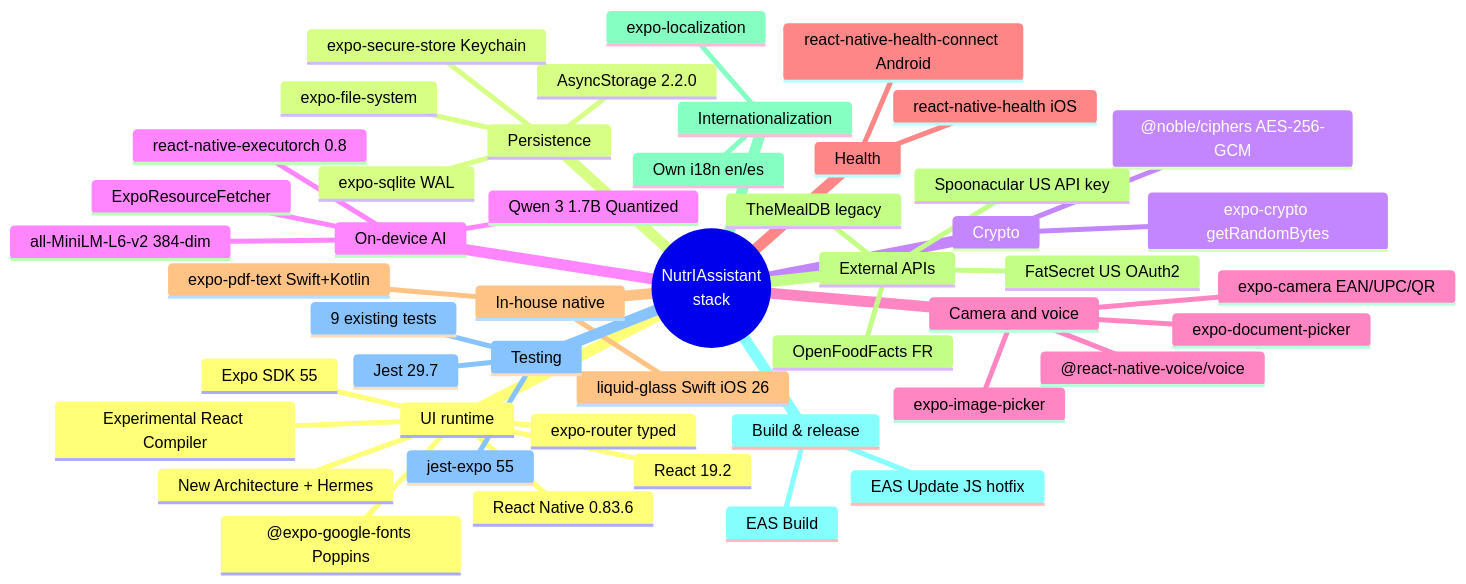
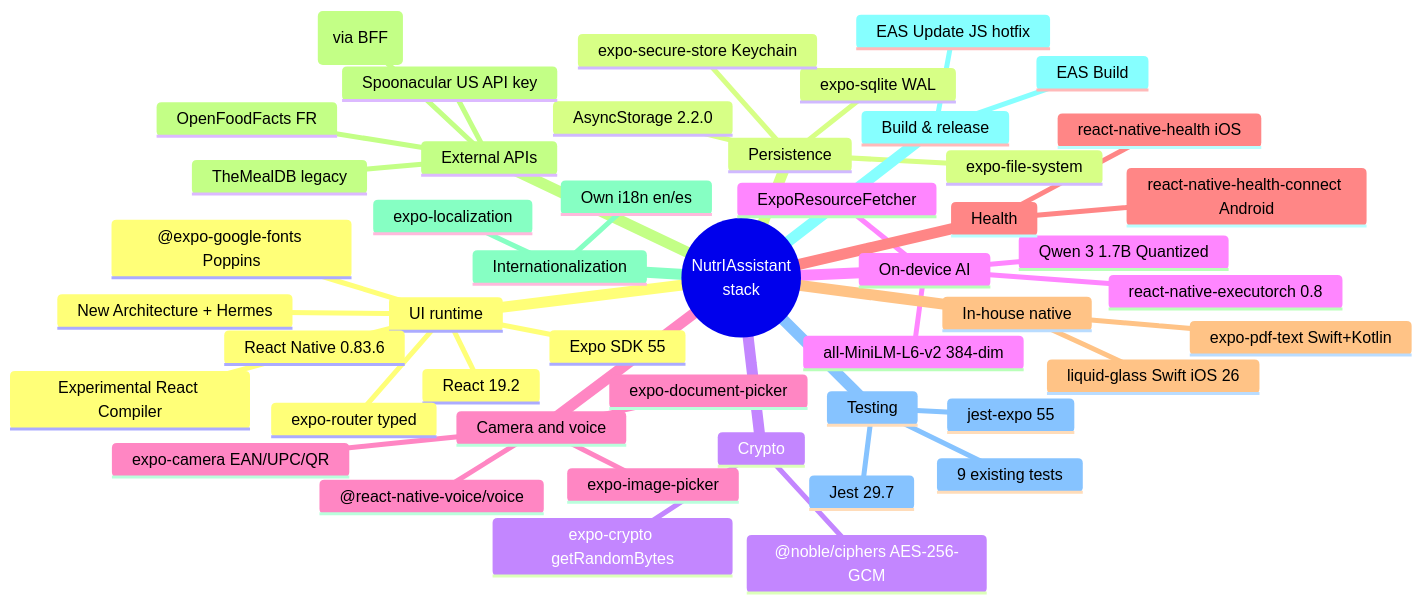
One commit to antonionc/nutrIAssistant changed diagram 14 of 24 in docs/data-architecture/11-diagrams.md. Above: the diagram before and after it, drawn with Mermaid. The commit also changed other lines of this file and 18 other files, not shown here.

````diff
--- a/docs/data-architecture/11-diagrams.md
+++ b/docs/data-architecture/11-diagrams.md
@@ -791,51 +791,51 @@
 ```mermaid
 mindmap
   root((NutrIAssistant<br/>stack))
     UI runtime
       React 19.2
       React Native 0.83.6
       Expo SDK 55
       expo-router typed
       New Architecture + Hermes
       Experimental React Compiler
       @expo-google-fonts Poppins
     Persistence
       expo-sqlite WAL
       AsyncStorage 2.2.0
       expo-secure-store Keychain
       expo-file-system
     Crypto
       @noble/ciphers AES-256-GCM
       expo-crypto getRandomBytes
     On-device AI
       react-native-executorch 0.8
       Qwen 3 1.7B Quantized
       all-MiniLM-L6-v2 384-dim
       ExpoResourceFetcher
     Camera and voice
       expo-camera EAN/UPC/QR
       expo-image-picker
       expo-document-picker
       @react-native-voice/voice
     Health
       react-native-health iOS
       react-native-health-connect Android
     In-house native
       expo-pdf-text Swift+Kotlin
       liquid-glass Swift iOS 26
     External APIs
       OpenFoodFacts FR
-      FatSecret US OAuth2
+      Edamam (via BFF)
       Spoonacular US API key
       TheMealDB legacy
     Internationalization
       expo-localization
       Own i18n en/es
     Build & release
       EAS Build
       EAS Update JS hotfix
     Testing
       Jest 29.7
       jest-expo 55
       9 existing tests
 ```
````
